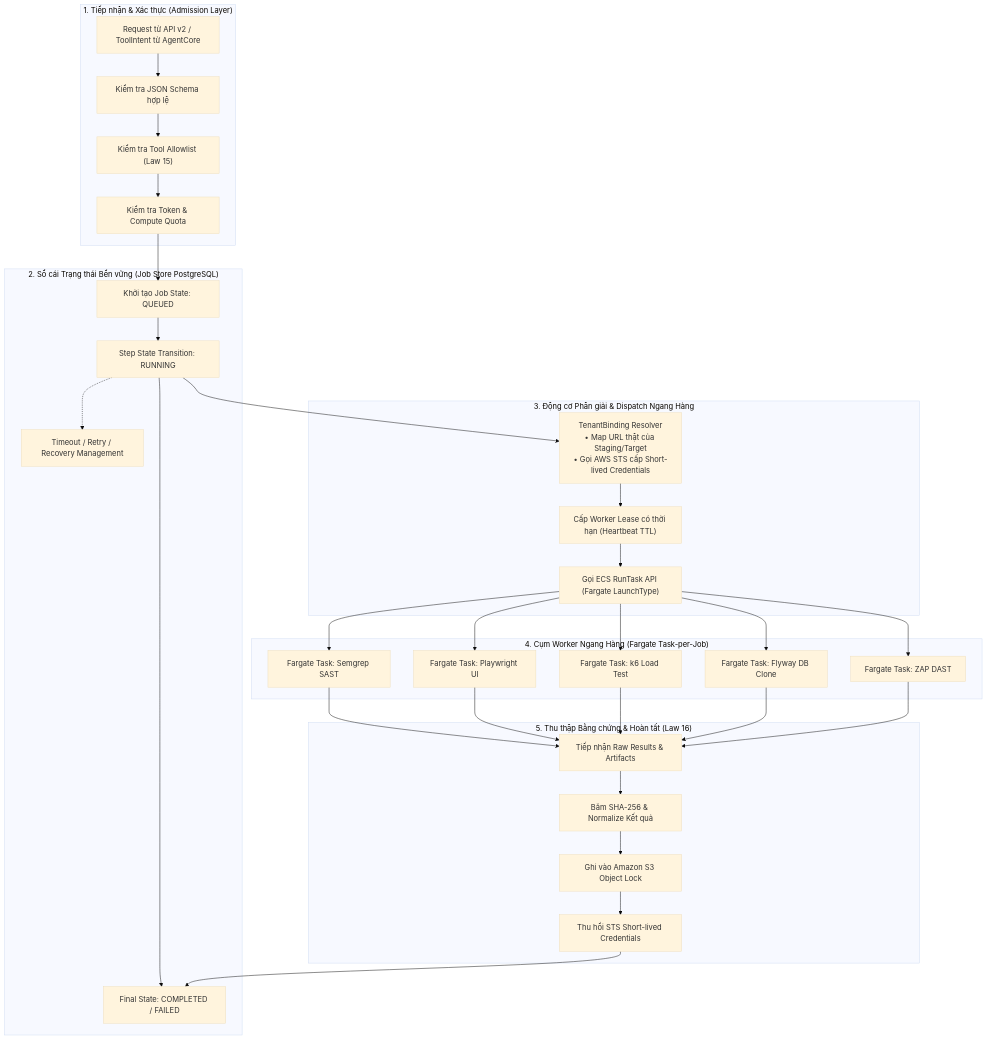
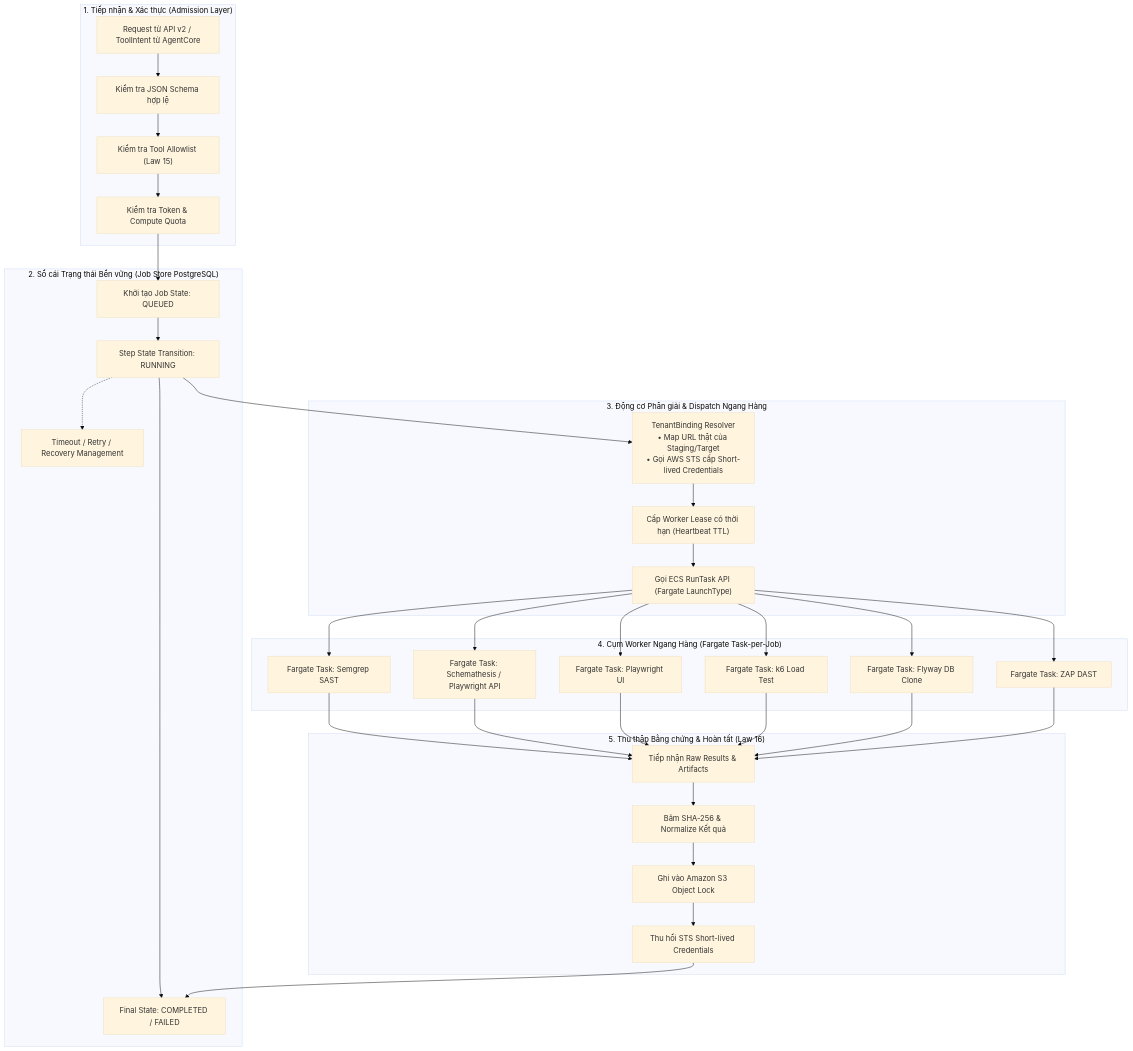
The second of 3 diagrams in diagram/TI_Master_Architecture_Blueprint.md (BuiThanhNghiaDTU19122004/TestIntelligent_doc), drawn with Mermaid (base theme) before and after one commit. The commit also changed other lines of this file and 5 other files, not shown here.

````diff
--- a/diagram/TI_Master_Architecture_Blueprint.md
+++ b/diagram/TI_Master_Architecture_Blueprint.md
@@ -272,48 +273,49 @@
 ```mermaid
 flowchart TD
     subgraph IN_BOUNDARY["1. Tiếp nhận & Xác thực (Admission Layer)"]
         R_IN["Request từ API v2 / ToolIntent từ AgentCore"]
         VAL_SCHEMA["Kiểm tra JSON Schema hợp lệ"]
         VAL_ALLOW["Kiểm tra Tool Allowlist (Law 15)"]
         VAL_BUDGET["Kiểm tra Token & Compute Quota"]
         R_IN --> VAL_SCHEMA --> VAL_ALLOW --> VAL_BUDGET
     end
 
     subgraph CORE_STATE["2. Sổ cái Trạng thái Bền vững (Job Store PostgreSQL)"]
         INIT_JOB["Khởi tạo Job State: QUEUED"]
         STEP_CTRL["Step State Transition: RUNNING"]
         FAIL_CTRL["Timeout / Retry / Recovery Management"]
         TERM_CTRL["Final State: COMPLETED / FAILED"]
         VAL_BUDGET --> INIT_JOB --> STEP_CTRL
         STEP_CTRL -.-> FAIL_CTRL
         STEP_CTRL --> TERM_CTRL
     end
 
     subgraph DISPATCH_ENGINE["3. Động cơ Phân giải & Dispatch Ngang Hàng"]
         TB_MAP["TenantBinding Resolver\n• Map URL thật của Staging/Target\n• Gọi AWS STS cấp Short-lived Credentials"]
         LEASE_GRANT["Cấp Worker Lease có thời hạn (Heartbeat TTL)"]
         DIRECT_CALL["Gọi ECS RunTask API (Fargate LaunchType)"]
         TB_MAP --> LEASE_GRANT --> DIRECT_CALL
     end
 
     subgraph PEER_WORKERS["4. Cụm Worker Ngang Hàng (Fargate Task-per-Job)"]
         W_SAST["Fargate Task: Semgrep SAST"]
+        W_API["Fargate Task: Schemathesis / Playwright API"]
         W_UI["Fargate Task: Playwright UI"]
         W_PERF["Fargate Task: k6 Load Test"]
         W_DB["Fargate Task: Flyway DB Clone"]
         W_DAST["Fargate Task: ZAP DAST"]
     end
 
     subgraph EVIDENCE_COLLECT["5. Thu thập Bằng chứng & Hoàn tất (Law 16)"]
         COL_RAW["Tiếp nhận Raw Results & Artifacts"]
         HASH_SHA["Băm SHA-256 & Normalize Kết quả"]
         STORE_LOCK["Ghi vào Amazon S3 Object Lock"]
         REVOKE["Thu hồi STS Short-lived Credentials"]
         COL_RAW --> HASH_SHA --> STORE_LOCK --> REVOKE
     end
 
     STEP_CTRL --> TB_MAP
-    DIRECT_CALL --> W_SAST & W_UI & W_PERF & W_DB & W_DAST
-    W_SAST & W_UI & W_PERF & W_DB & W_DAST --> COL_RAW
+    DIRECT_CALL --> W_SAST & W_API & W_UI & W_PERF & W_DB & W_DAST
+    W_SAST & W_API & W_UI & W_PERF & W_DB & W_DAST --> COL_RAW
     REVOKE --> TERM_CTRL
 ```
````
